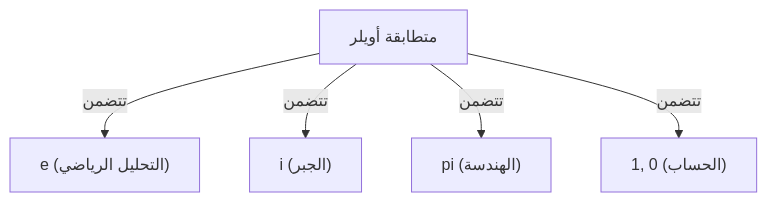
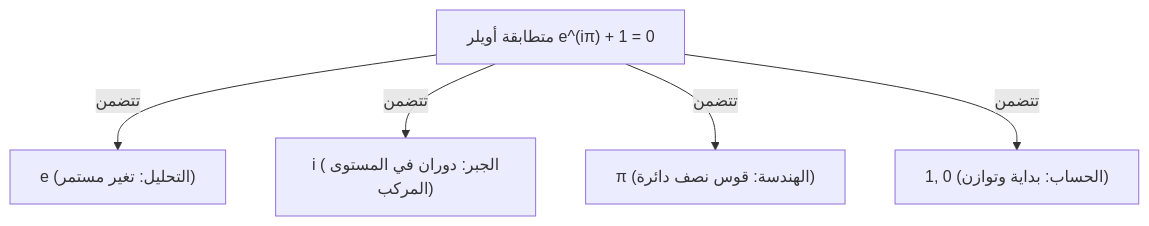
The diagram in content/post/eulers-identity/index.ar.md (kenjinote/blog), drawn with Mermaid before and after one commit. The commit also changed other lines of this file and 6 other files, not shown here.

````diff
--- a/content/post/eulers-identity/index.ar.md
+++ b/content/post/eulers-identity/index.ar.md
@@ -31,7 +142,7 @@
 ```mermaid
 graph TD
-    A["متطابقة أويلر"] -->|"تتضمن"| B["e (التحليل الرياضي)"]
-    A -->|"تتضمن"| C["i (الجبر)"]
-    A -->|"تتضمن"| D["pi (الهندسة)"]
-    A -->|"تتضمن"| E["1, 0 (الحساب)"]
+    A["متطابقة أويلر e^(iπ) + 1 = 0"] -->|"تتضمن"| B["e (التحليل: تغير مستمر)"]
+    A -->|"تتضمن"| C["i (الجبر: دوران في المستوى المركب)"]
+    A -->|"تتضمن"| D["π (الهندسة: قوس نصف دائرة)"]
+    A -->|"تتضمن"| E["1, 0 (الحساب: بداية وتوازن)"]
 ```
````
